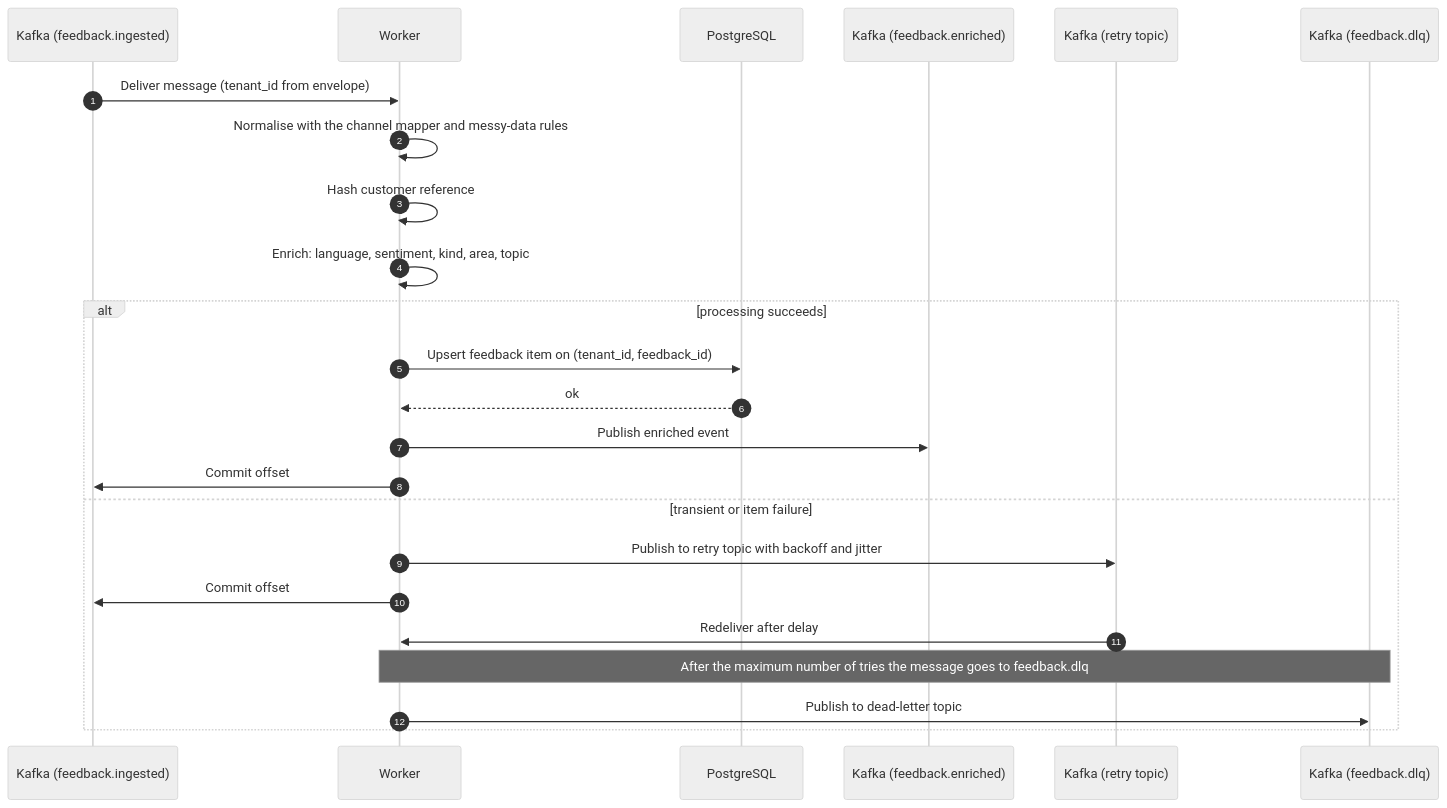
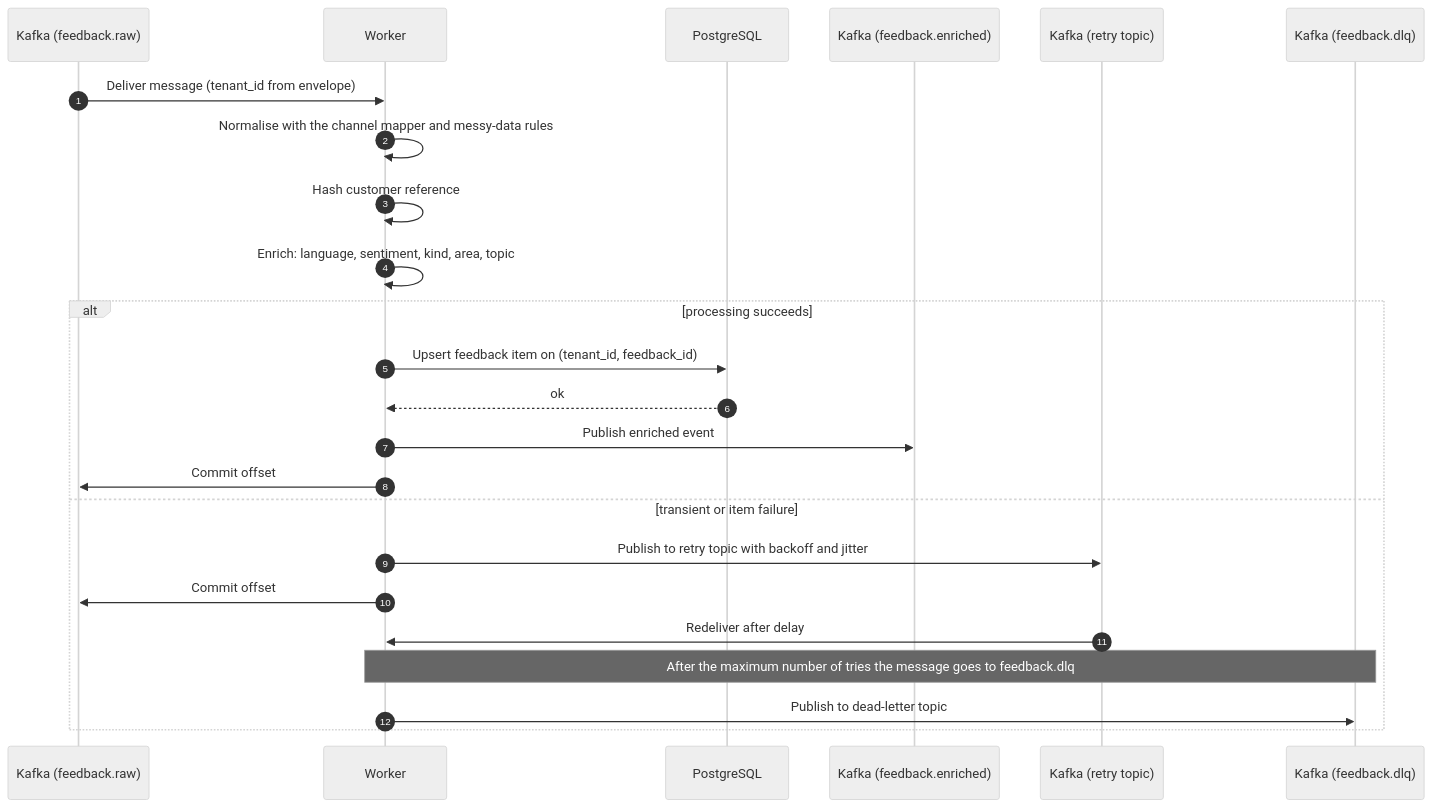
The first of 2 diagrams in docs/sequence-processing.md (vinimaheshwari02/Signal), drawn with Mermaid (neutral theme) before and after one commit. The commit also changed other lines of this file and 44 other files, not shown here.

First line of the commit message:
Add themes, alarms, filters and architecture docs; fix load-test findings

````diff
--- a/docs/sequence-processing.md
+++ b/docs/sequence-processing.md
@@ -7,27 +7,27 @@
 ```mermaid
 sequenceDiagram
     autonumber
-    participant K as Kafka (feedback.ingested)
+    participant K as Kafka (feedback.raw)
     participant W as Worker
     participant P as PostgreSQL
     participant KE as Kafka (feedback.enriched)
     participant KR as Kafka (retry topic)
     participant D as Kafka (feedback.dlq)
 
     K->>W: Deliver message (tenant_id from envelope)
     W->>W: Normalise with the channel mapper and messy-data rules
     W->>W: Hash customer reference
     W->>W: Enrich: language, sentiment, kind, area, topic
     alt processing succeeds
         W->>P: Upsert feedback item on (tenant_id, feedback_id)
         P-->>W: ok
         W->>KE: Publish enriched event
         W->>K: Commit offset
     else transient or item failure
         W->>KR: Publish to retry topic with backoff and jitter
         W->>K: Commit offset
         KR->>W: Redeliver after delay
         Note over W,D: After the maximum number of tries the message goes to feedback.dlq
         W->>D: Publish to dead-letter topic
     end
 ```
````
